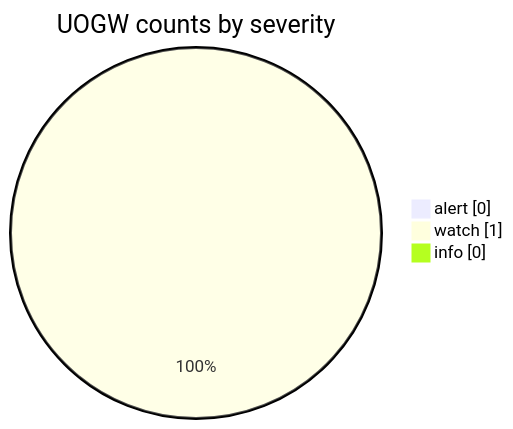
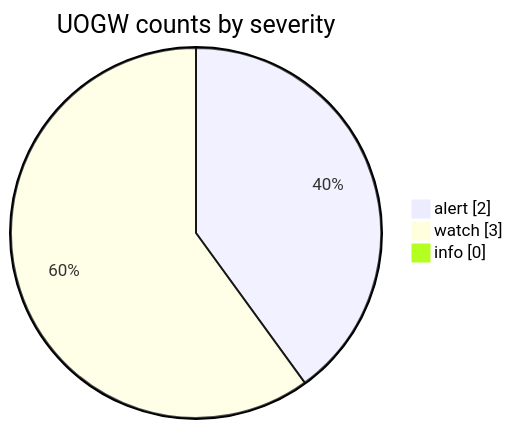
Before and after one commit to Midwest-Stratospheric/aerostratospheric-defense-gir: the fourth of 6 diagrams in docs/GRAPHS.md, drawn with Mermaid. The commit also changed other lines of this file and 24 other files, not shown here.

````diff
--- a/docs/GRAPHS.md
+++ b/docs/GRAPHS.md
@@ -66,7 +66,7 @@
 ```mermaid
 pie showData
   title UOGW counts by severity
-  "alert" : 0
-  "watch" : 1
+  "alert" : 2
+  "watch" : 3
   "info" : 0
 ```
````
